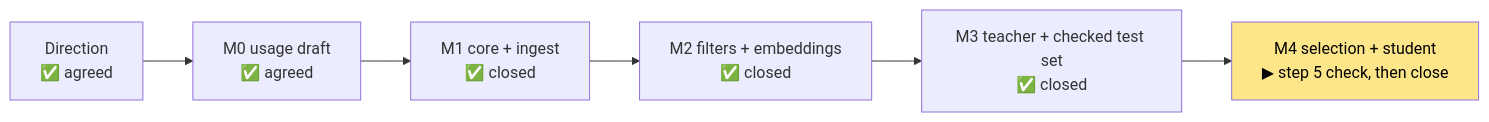
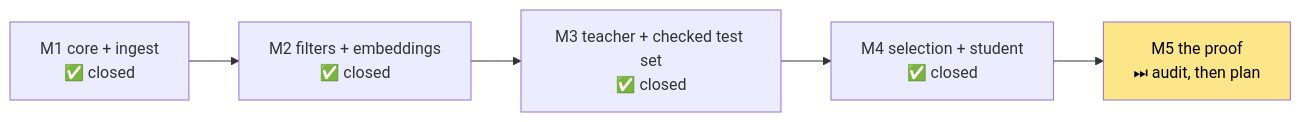
The diagram in dev/notes/state.md (cupcakes04/Rin), drawn with Mermaid before and after one commit. The commit also changed other lines of this file and 16 other files, not shown here.

````diff
--- a/dev/notes/state.md
+++ b/dev/notes/state.md
@@ -9,5 +9,5 @@
 ```mermaid
 flowchart LR
-    A["Direction<br/>✅ agreed"] --> D["M0 usage draft<br/>✅ agreed"] --> E["M1 core + ingest<br/>✅ closed"] --> F["M2 filters + embeddings<br/>✅ closed"] --> G["M3 teacher + checked test set<br/>✅ closed"] --> H["M4 selection + student<br/>▶ step 5 check, then close"]
-    style H fill:#fde68a,color:#000
+    E["M1 core + ingest<br/>✅ closed"] --> F["M2 filters + embeddings<br/>✅ closed"] --> G["M3 teacher + checked test set<br/>✅ closed"] --> H["M4 selection + student<br/>✅ closed"] --> I["M5 the proof<br/>⏭ audit, then plan"]
+    style I fill:#fde68a,color:#000
 ```
````
